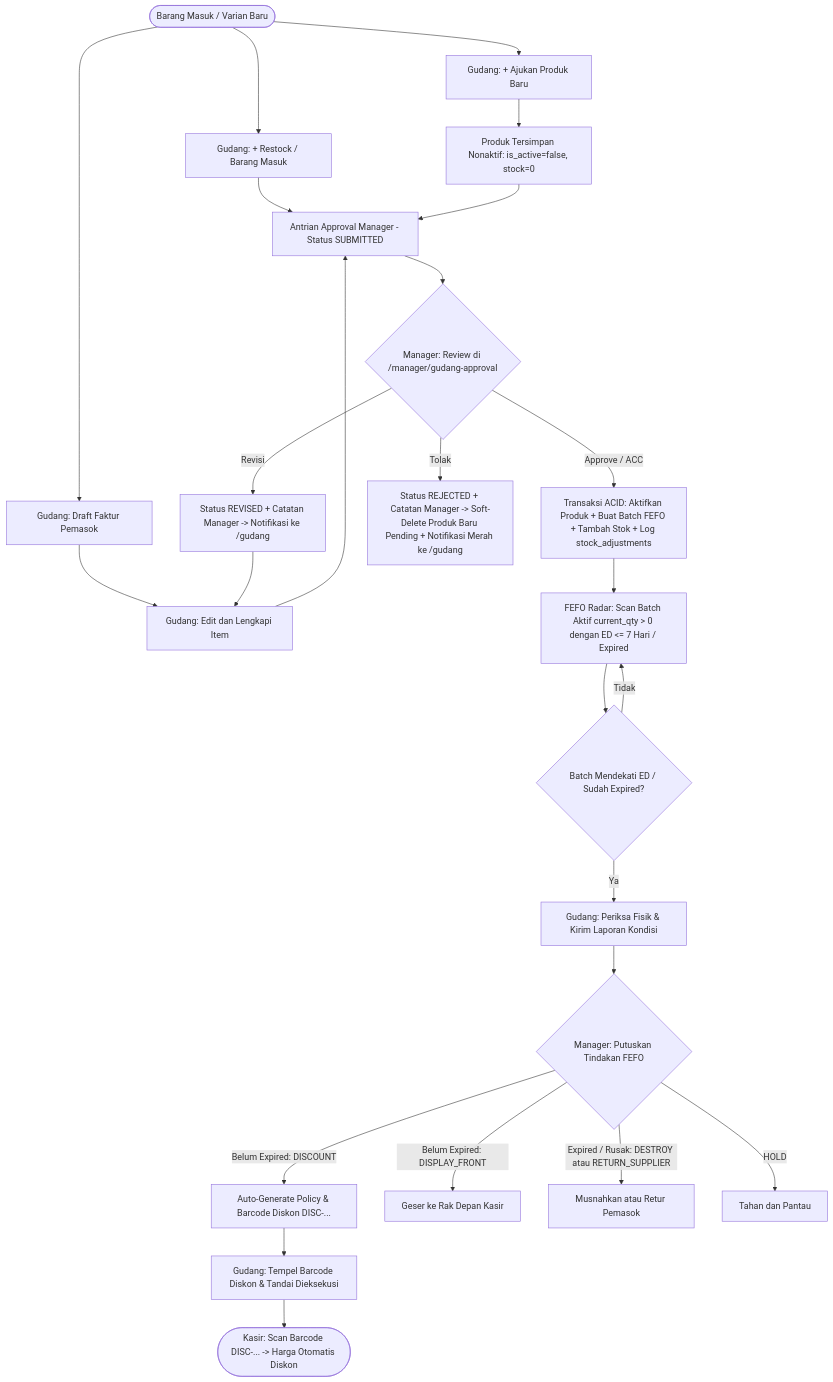
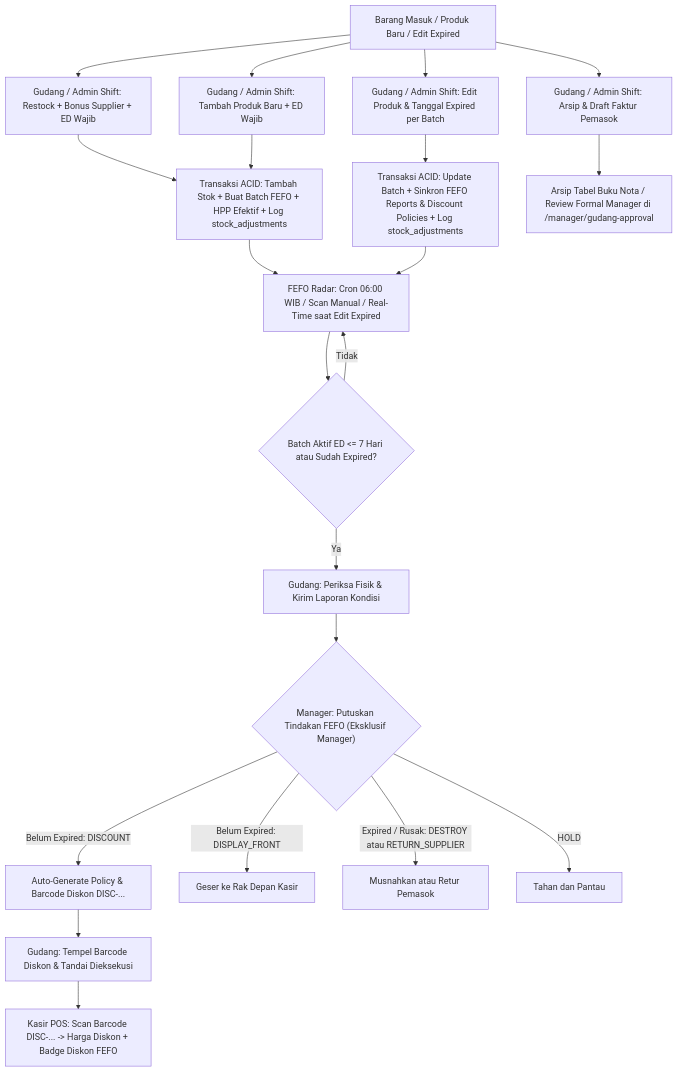
One commit to najmusyafa-ind/wiramart changed the diagram in docs/Alur_Gudang_PRDv3.md. Above: the diagram before and after it, drawn with Mermaid. The commit also changed other lines of this file and 13 other files, not shown here.

````diff
--- a/docs/Alur_Gudang_PRDv3.md
+++ b/docs/Alur_Gudang_PRDv3.md
@@ -21,30 +21,25 @@
 ```mermaid
 flowchart TD
-    A([Barang Masuk / Varian Baru]) --> B1[Gudang: + Restock / Barang Masuk]
-    A --> B2[Gudang: Draft Faktur Pemasok]
-    A --> B3[Gudang: + Ajukan Produk Baru]
+    A["Barang Masuk / Produk Baru / Edit Expired"] --> B1["Gudang / Admin Shift: Restock + Bonus Supplier + ED Wajib"]
+    A --> B2["Gudang / Admin Shift: Tambah Produk Baru + ED Wajib"]
+    A --> B3["Gudang / Admin Shift: Edit Produk & Tanggal Expired per Batch"]
+    A --> B4["Gudang / Admin Shift: Arsip & Draft Faktur Pemasok"]
 
-    B1 --> D[Antrian Approval Manager - Status SUBMITTED]
-    B2 --> C[Gudang: Edit dan Lengkapi Item]
-    C --> D
-    B3 --> P0[Produk Tersimpan Nonaktif: is_active=false, stock=0]
-    P0 --> D
+    B1 --> F["Transaksi ACID: Tambah Stok + Buat Batch FEFO + HPP Efektif + Log stock_adjustments"]
+    B2 --> F
+    B3 --> F2["Transaksi ACID: Update Batch + Sinkron FEFO Reports & Discount Policies + Log stock_adjustments"]
+    B4 --> D["Arsip Tabel Buku Nota / Review Formal Manager di /manager/gudang-approval"]
 
-    D --> E{Manager: Review di /manager/gudang-approval}
-    E -- Approve / ACC --> F[Transaksi ACID: Aktifkan Produk + Buat Batch FEFO + Tambah Stok + Log stock_adjustments]
-    E -- Revisi --> R[Status REVISED + Catatan Manager -> Notifikasi ke /gudang]
-    R --> C
-    E -- Tolak --> G[Status REJECTED + Catatan Manager -> Soft-Delete Produk Baru Pending + Notifikasi Merah ke /gudang]
-
-    F --> H[FEFO Radar: Scan Batch Aktif current_qty > 0 dengan ED <= 7 Hari / Expired]
-    H --> I{Batch Mendekati ED / Sudah Expired?}
+    F --> H["FEFO Radar: Cron 06:00 WIB / Scan Manual / Real-Time saat Edit Expired"]
+    F2 --> H
+    H --> I{"Batch Aktif ED <= 7 Hari atau Sudah Expired?"}
     I -- Tidak --> H
-    I -- Ya --> J[Gudang: Periksa Fisik & Kirim Laporan Kondisi]
-    J --> K{Manager: Putuskan Tindakan FEFO}
-    K -- Belum Expired: DISCOUNT --> L[Auto-Generate Policy & Barcode Diskon DISC-...]
-    K -- Belum Expired: DISPLAY_FRONT --> M1[Geser ke Rak Depan Kasir]
-    K -- Expired / Rusak: DESTROY atau RETURN_SUPPLIER --> M2[Musnahkan atau Retur Pemasok]
-    K -- HOLD --> N[Tahan dan Pantau]
-    L --> O[Gudang: Tempel Barcode Diskon & Tandai Dieksekusi]
-    O --> P([Kasir: Scan Barcode DISC-... -> Harga Otomatis Diskon])
+    I -- Ya --> J["Gudang: Periksa Fisik & Kirim Laporan Kondisi"]
+    J --> K{"Manager: Putuskan Tindakan FEFO (Eksklusif Manager)"}
+    K -- "Belum Expired: DISCOUNT" --> L["Auto-Generate Policy & Barcode Diskon DISC-..."]
+    K -- "Belum Expired: DISPLAY_FRONT" --> M1["Geser ke Rak Depan Kasir"]
+    K -- "Expired / Rusak: DESTROY atau RETURN_SUPPLIER" --> M2["Musnahkan atau Retur Pemasok"]
+    K -- HOLD --> N["Tahan dan Pantau"]
+    L --> O["Gudang: Tempel Barcode Diskon & Tandai Dieksekusi"]
+    O --> P["Kasir POS: Scan Barcode DISC-... -> Harga Diskon + Badge Diskon FEFO"]
 ```
````
